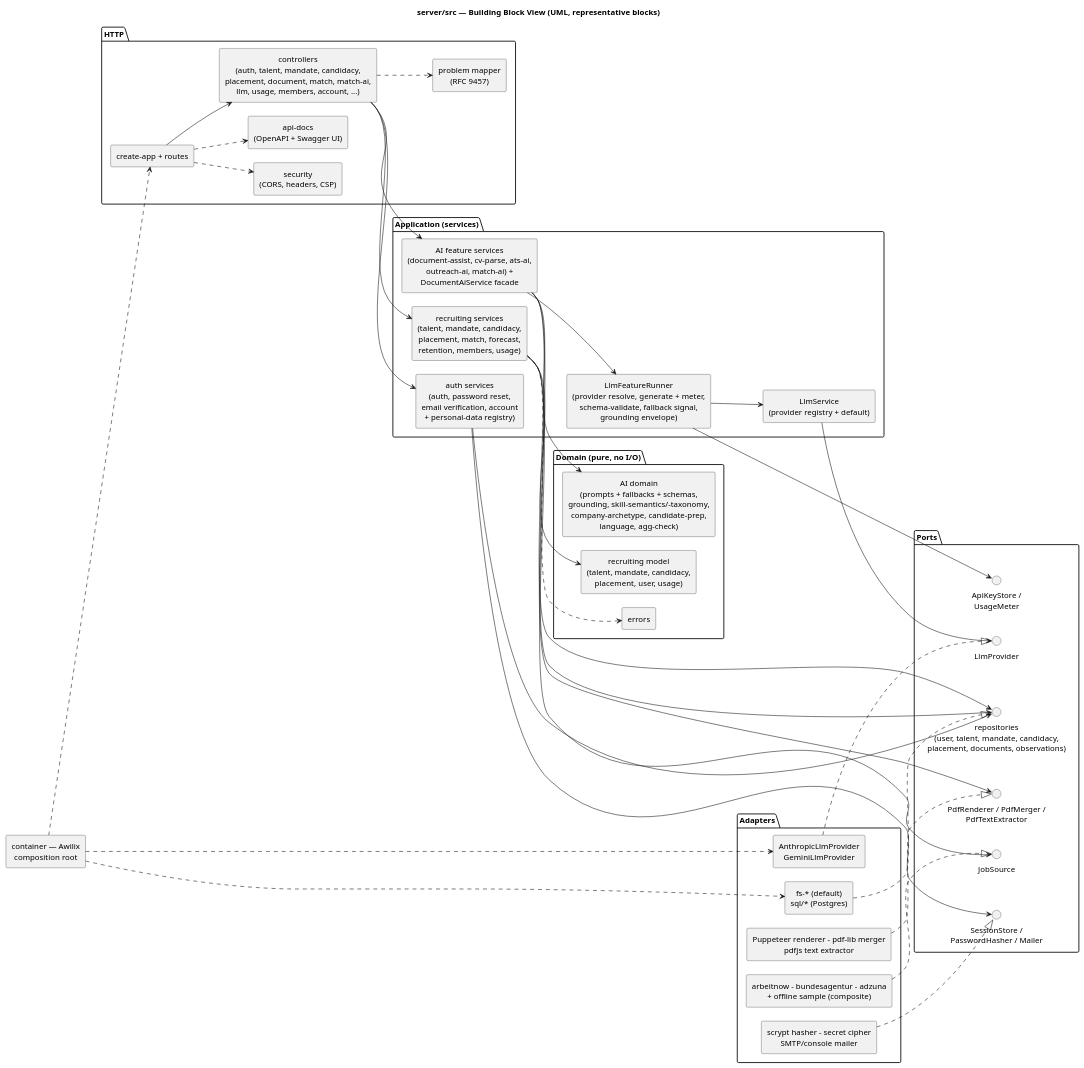
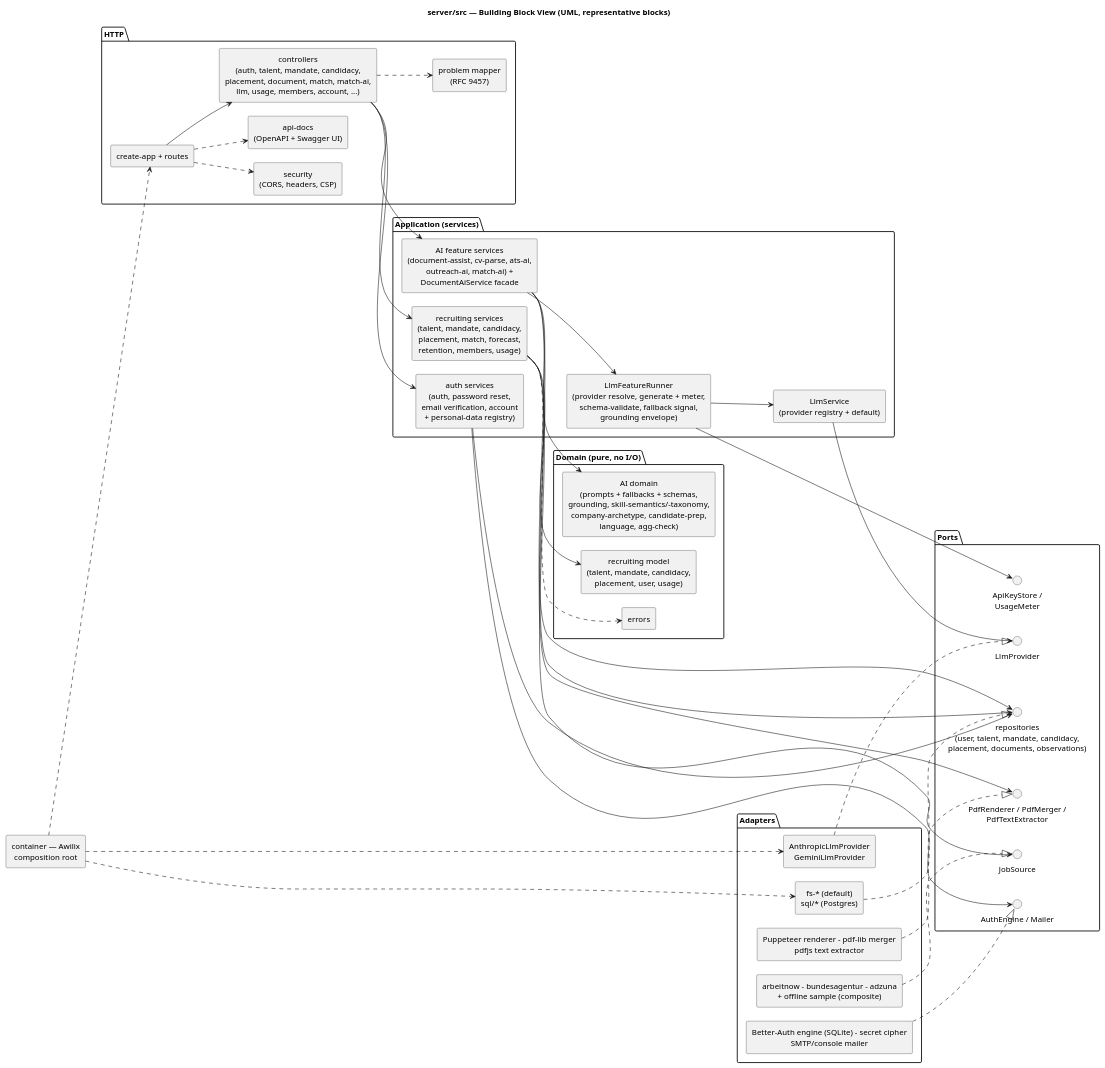
Before and after one commit to NexusHero/Resume: the diagram in docs/umls/05_building_blocks.puml, drawn with PlantUML. The commit also changed 35 other files, not shown here.

First line of the commit message:
refactor(auth): remove the legacy SessionStore + scrypt hasher

```diff
--- a/docs/umls/05_building_blocks.puml
+++ b/docs/umls/05_building_blocks.puml
@@ -1,83 +1,83 @@
 @startuml 05_building_blocks
 title server/src — Building Block View (UML, representative blocks)
 
 skinparam shadowing false
 skinparam componentStyle rectangle
 skinparam defaultTextAlignment center
 skinparam nodesep 25
 skinparam ranksep 45
 left to right direction
 
 package "HTTP" {
   [create-app + routes] as App
   [controllers\n(auth, talent, mandate, candidacy,\nplacement, document, match, match-ai,\nllm, usage, members, account, ...)] as Ctrl
   [problem mapper\n(RFC 9457)] as Problem
   [security\n(CORS, headers, CSP)] as Security
   [api-docs\n(OpenAPI + Swagger UI)] as Docs
 }
 
 package "Application (services)" {
   [LlmFeatureRunner\n(provider resolve, generate + meter,\nschema-validate, fallback signal,\ngrounding envelope)] as Runner
   [AI feature services\n(document-assist, cv-parse, ats-ai,\noutreach-ai, match-ai) +\nDocumentAiService facade] as AiSvc
   [recruiting services\n(talent, mandate, candidacy,\nplacement, match, forecast,\nretention, members, usage)] as RecSvc
   [auth services\n(auth, password reset,\nemail verification, account\n+ personal-data registry)] as AuthSvc
   [LlmService\n(provider registry + default)] as LlmSvc
 }
 
 package "Domain (pure, no I/O)" {
   [recruiting model\n(talent, mandate, candidacy,\nplacement, user, usage)] as Model
   [AI domain\n(prompts + fallbacks + schemas,\ngrounding, skill-semantics/-taxonomy,\ncompany-archetype, candidate-prep,\nlanguage, agg-check)] as AiDomain
   [errors] as DomainErrors
 }
 
 package "Ports" {
   interface "repositories\n(user, talent, mandate, candidacy,\nplacement, documents, observations)" as Repos
   interface LlmProvider
   interface "ApiKeyStore /\nUsageMeter" as Keys
-  interface "SessionStore /\nPasswordHasher / Mailer" as AuthPorts
+  interface "AuthEngine / Mailer" as AuthPorts
   interface "PdfRenderer / PdfMerger /\nPdfTextExtractor" as PdfPorts
   interface JobSource
 }
 
 package "Adapters" {
   [fs-* (default)\nsql/* (Postgres)] as StoreAdapters
   [AnthropicLlmProvider\nGeminiLlmProvider] as LlmAdapters
-  [scrypt hasher - secret cipher\nSMTP/console mailer] as AuthAdapters
+  [Better-Auth engine (SQLite) - secret cipher\nSMTP/console mailer] as AuthAdapters
   [Puppeteer renderer - pdf-lib merger\npdfjs text extractor] as PdfAdapters
   [arbeitnow - bundesagentur - adzuna\n+ offline sample (composite)] as JobAdapters
 }
 
 [container — Awilix\ncomposition root] as Container
 
 App --> Ctrl
 App ..> Security
 App ..> Docs
 Ctrl ..> Problem
 Ctrl --> AiSvc
 Ctrl --> RecSvc
 Ctrl --> AuthSvc
 AiSvc --> Runner
 Runner --> LlmSvc
 Runner --> Keys
 AiSvc --> AiDomain
 RecSvc --> Model
 AuthSvc --> AuthPorts
 AiSvc --> Repos
 RecSvc --> Repos
 AuthSvc --> Repos
 RecSvc ..> DomainErrors
 AiSvc --> PdfPorts
 RecSvc --> JobSource
 LlmSvc --> LlmProvider
 
 StoreAdapters ..|> Repos
 LlmAdapters ..|> LlmProvider
 AuthAdapters ..|> AuthPorts
 PdfAdapters ..|> PdfPorts
 JobAdapters ..|> JobSource
 
 Container ..> StoreAdapters
 Container ..> LlmAdapters
 Container ..> App
 
 @enduml
```
